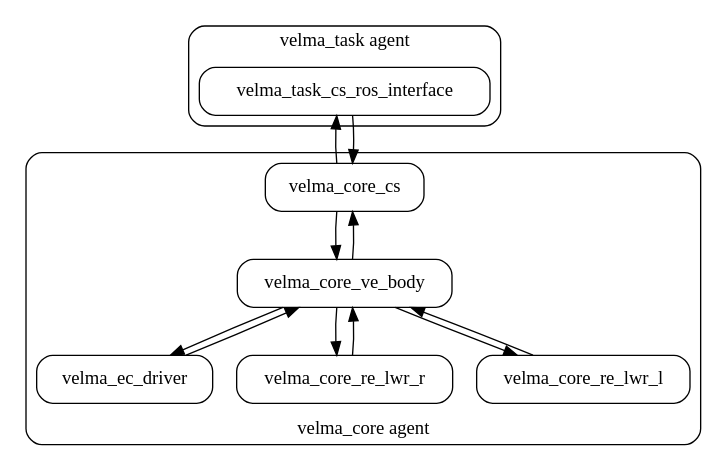
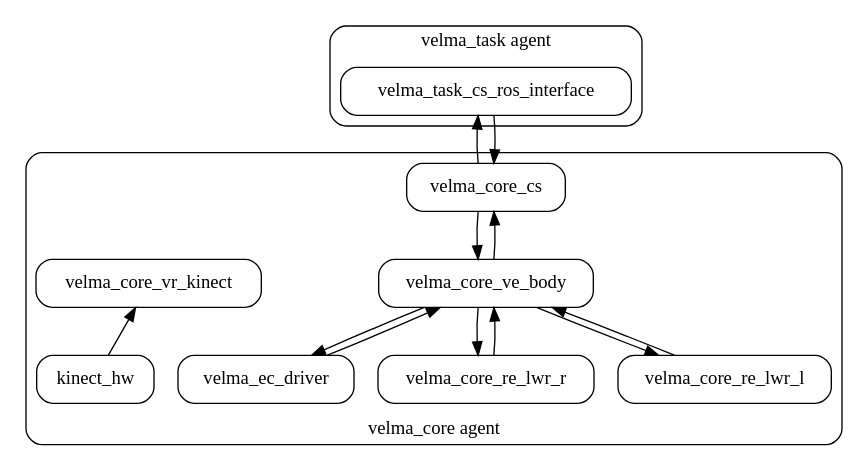
One commit to RCPRG-ros-pkg/velma_docs changed the diagram in public/img/system_hw.dot. Above: the diagram before and after it, drawn with Graphviz. The commit also changed 144 other files, not shown here.

```diff
--- a/public/img/system_hw.dot
+++ b/public/img/system_hw.dot
@@ -1,27 +1,28 @@
 digraph graphname {
     subgraph cluster_1 {
         style=rounded
         node [style=filled shape=box style=rounded];
         {rank = same; velma_task_cs_ros_interface;}
         label = "velma_task agent";
     }
 
     subgraph cluster_2 {
         style=rounded
         labelloc=b
         node [style=filled shape=box style=rounded];
         velma_core_cs -> velma_core_ve_body -> velma_ec_driver;
         velma_ec_driver -> velma_core_ve_body -> velma_core_cs;
         velma_core_ve_body -> velma_core_re_lwr_r;
         velma_core_ve_body -> velma_core_re_lwr_l;
         velma_core_re_lwr_r -> velma_core_ve_body;
         velma_core_re_lwr_l -> velma_core_ve_body;
-        {rank=sink velma_core_re_lwr_r; velma_core_re_lwr_l; velma_ec_driver;}
+        kinect_hw -> velma_core_vr_kinect;
+        {rank=sink kinect_hw; velma_core_re_lwr_r; velma_core_re_lwr_l; velma_ec_driver;}
         label = "velma_core agent";
     }
 
     velma_task_cs_ros_interface -> velma_core_cs;
     velma_core_cs -> velma_task_cs_ros_interface;
 
     margin=0;   # for whole graph
 }
```
